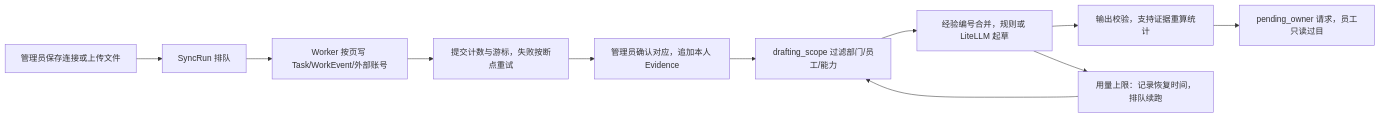
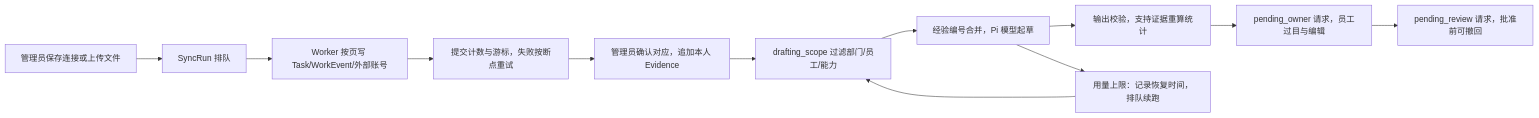
The fourth of 4 diagrams in docs/architecture.md (ft1148137/employee-profile-platform), drawn with Mermaid before and after one commit. The commit also changed other lines of this file and 13 other files, not shown here.

````diff
--- a/docs/architecture.md
+++ b/docs/architecture.md
@@ -287,13 +287,14 @@
 ```mermaid
 flowchart LR
     A[管理员保存连接或上传文件] --> B[SyncRun 排队]
     B --> C[Worker 按页写 Task/WorkEvent/外部账号]
     C --> D[提交计数与游标，失败按断点重试]
     D --> E[管理员确认对应，追加本人 Evidence]
     E --> F[drafting_scope 过滤部门/员工/能力]
-    F --> G[经验编号合并，规则或 LiteLLM 起草]
+    F --> G[经验编号合并，Pi 模型起草]
     G --> H[输出校验，支持证据重算统计]
-    H --> I[pending_owner 请求，员工只读过目]
+    H --> I[pending_owner 请求，员工过目与编辑]
+    I --> K[pending_review 请求，批准前可撤回]
     G --> J[用量上限：记录恢复时间，排队续跑]
     J --> F
 ```
````
